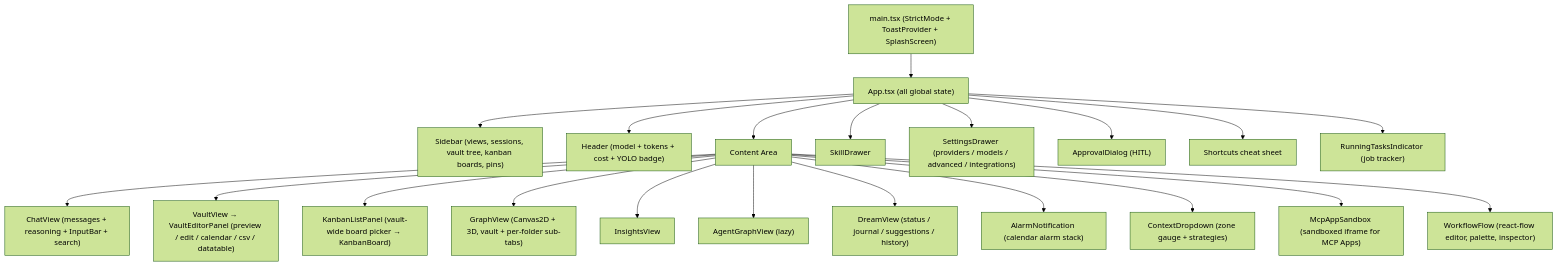
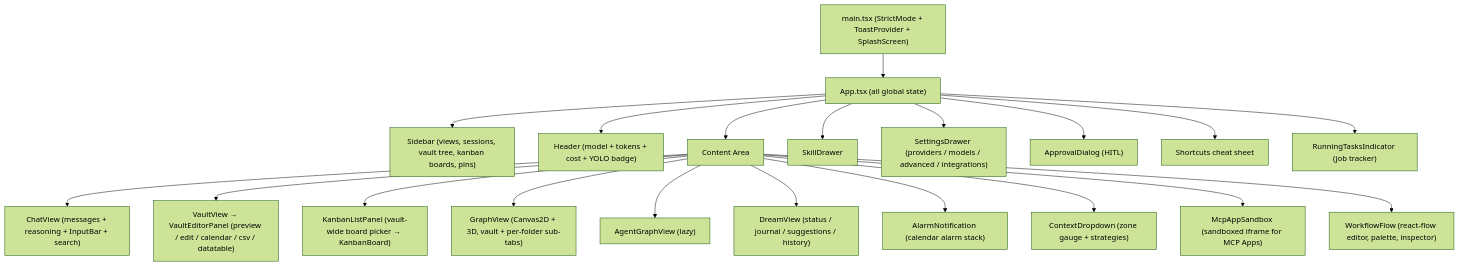
One commit to NinoCoelho/nexus changed diagram 14 of 14 in README.md. Above: the diagram before and after it, drawn with Mermaid (forest theme). The commit also changed other lines of this file and 41 other files, not shown here.

````diff
--- a/README.md
+++ b/README.md
@@ -931,38 +931,37 @@
 ```mermaid
 graph TB
     MAIN["main.tsx (StrictMode + ToastProvider + SplashScreen)"]
     APP["App.tsx (all global state)"]
 
     MAIN --> APP
 
     SIDEBAR["Sidebar (views, sessions, vault tree, kanban boards, pins)"]
     HEADER["Header (model + tokens + cost + YOLO badge)"]
     CONTENT["Content Area"]
 
     APP --> SIDEBAR & HEADER & CONTENT
 
     CHAT["ChatView (messages + reasoning + InputBar + search)"]
     VAULT["VaultView → VaultEditorPanel (preview / edit / calendar / csv / datatable)"]
     KANBAN["KanbanListPanel (vault-wide board picker → KanbanBoard)"]
     GRAPH["GraphView (Canvas2D + 3D, vault + per-folder sub-tabs)"]
-    INSIGHTS["InsightsView"]
     AGENTG["AgentGraphView (lazy)"]
 
-    CONTENT --> CHAT & VAULT & KANBAN & GRAPH & INSIGHTS & AGENTG
+    CONTENT --> CHAT & VAULT & KANBAN & GRAPH & AGENTG
 
     DREAM["DreamView (status / journal / suggestions / history)"]
     WORKFLOW["WorkflowFlow (react-flow editor, palette, inspector)"]
     ALARM["AlarmNotification (calendar alarm stack)"]
     CTXDRP["ContextDropdown (zone gauge + strategies)"]
     MCPAPP["McpAppSandbox (sandboxed iframe for MCP Apps)"]
 
     CONTENT --> DREAM & ALARM & CTXDRP & MCPAPP & WORKFLOW
 
     SKILLD["SkillDrawer"]
     SETTD["SettingsDrawer (providers / models / advanced / integrations)"]
     APPROVE["ApprovalDialog (HITL)"]
     SHORT["Shortcuts cheat sheet"]
     JOBS["RunningTasksIndicator (job tracker)"]
 
     APP --> SKILLD & SETTD & APPROVE & SHORT & JOBS
 ```
````
